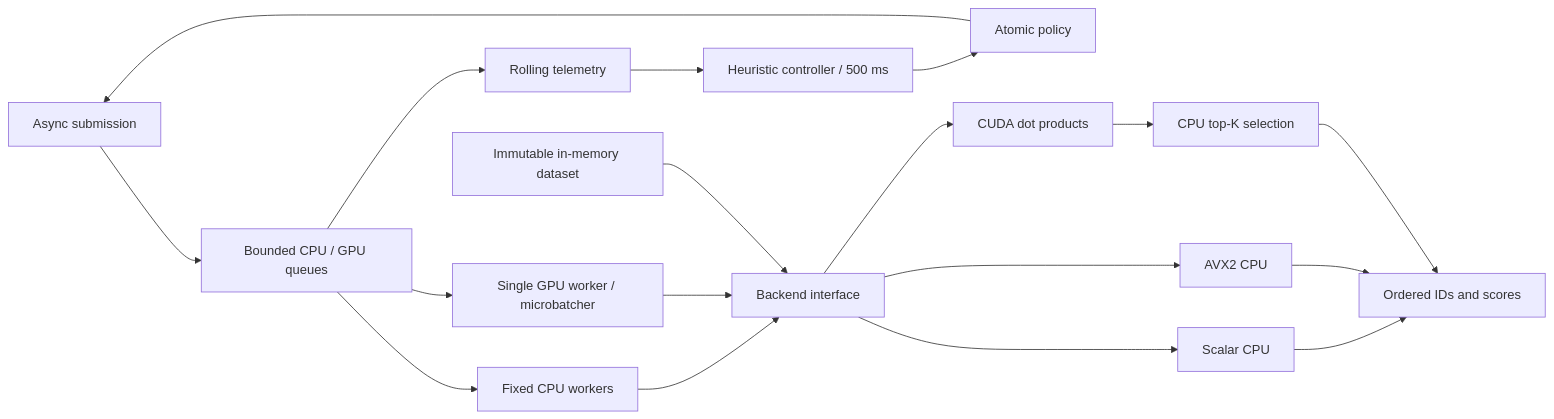
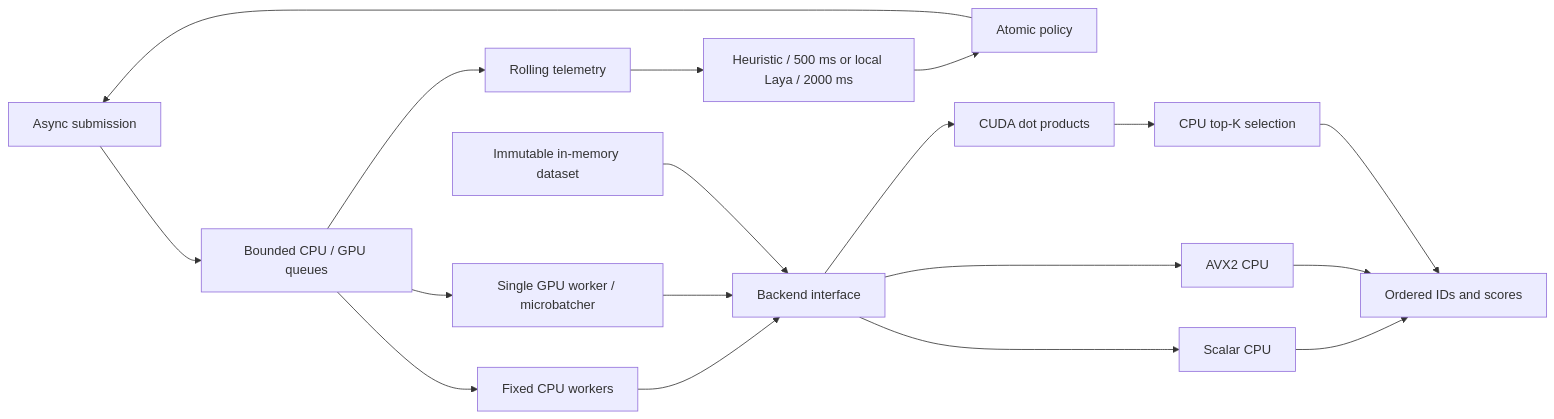
One commit to ColeSlad/Flowstate changed the diagram in README.md. Above: the diagram before and after it, drawn with Mermaid. The commit also changed other lines of this file and 18 other files, not shown here.

Commit message:
feat: add local Laya policy controller and evaluation

````diff
--- a/README.md
+++ b/README.md
@@ -18,20 +20,20 @@
 ```mermaid
 flowchart LR
     Submit[Async submission] --> Queue[Bounded CPU / GPU queues]
-    Control[Heuristic controller / 500 ms] --> Policy[Atomic policy]
+    Control[Heuristic / 500 ms or local Laya / 2000 ms] --> Policy[Atomic policy]
     Policy --> Submit
     Queue --> Telemetry[Rolling telemetry]
     Telemetry --> Control
     Queue --> CPU[Fixed CPU workers]
     Queue --> GPU[Single GPU worker / microbatcher]
     CPU --> Backend[Backend interface]
     GPU --> Backend
     Dataset[Immutable in-memory dataset] --> Backend
     Backend --> Scalar[Scalar CPU]
     Backend --> AVX[AVX2 CPU]
     Backend --> CUDA[CUDA dot products]
     CUDA --> Heap[CPU top-K selection]
     Scalar --> Results[Ordered IDs and scores]
     AVX --> Results
     Heap --> Results
 ```
````
